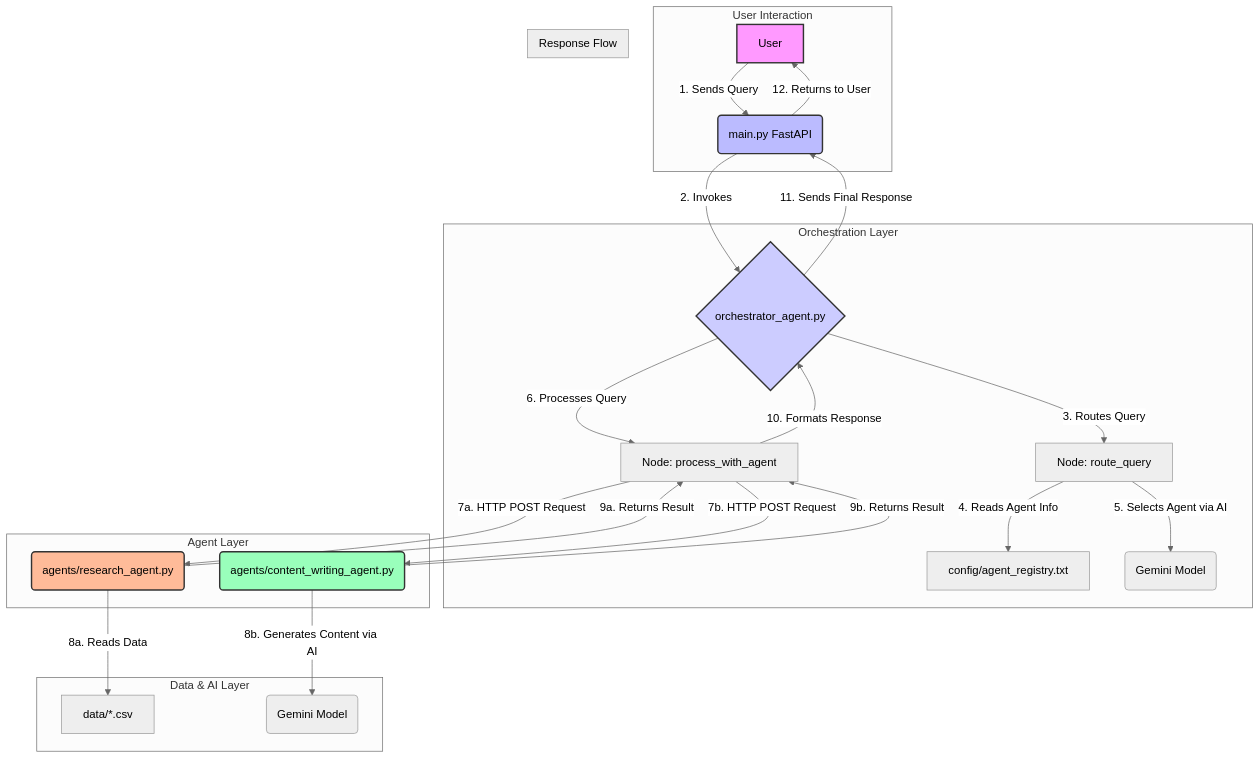
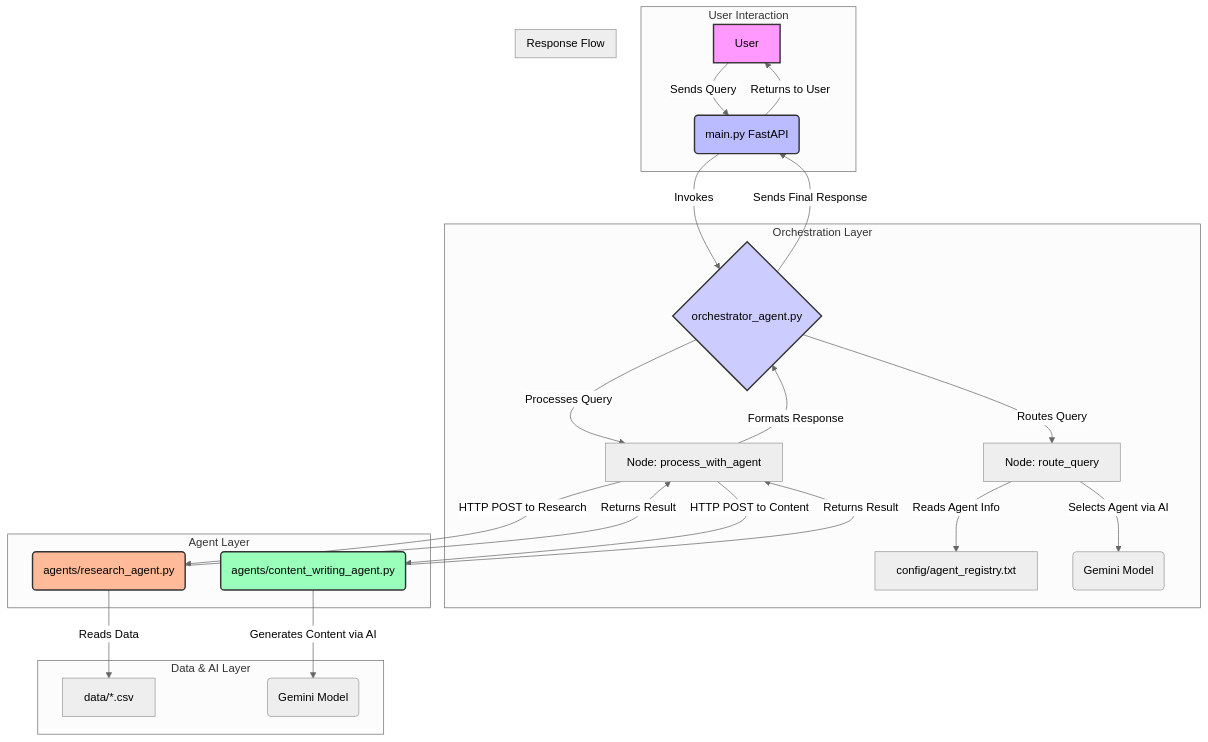
One commit to victorwancf/agent_exploration changed the diagram in README.md. Above: the diagram before and after it, drawn with Mermaid (neutral theme).

Commit message:
Removing unsupported markdown syntax in the mermaid diagram

````diff
--- a/README.md
+++ b/README.md
@@ -41,38 +41,38 @@
 ```mermaid
 graph TD
     subgraph User Interaction
-        A[User] -->|1. Sends Query| B("main.py FastAPI");
+        A[User] -->|Sends Query| B("main.py FastAPI");
     end
 
     subgraph Orchestration Layer
-        B -->|2. Invokes| C{"orchestrator_agent.py"};
-        C -->|3. Routes Query| D["Node: route_query"];
-        D -->|4. Reads Agent Info| E["config/agent_registry.txt"];
-        D -->|5. Selects Agent via AI| F(Gemini Model);
-        C -->|6. Processes Query| G["Node: process_with_agent"];
+        B -->|Invokes| C{"orchestrator_agent.py"};
+        C -->|Routes Query| D["Node: route_query"];
+        D -->|Reads Agent Info| E["config/agent_registry.txt"];
+        D -->|Selects Agent via AI| F(Gemini Model);
+        C -->|Processes Query| G["Node: process_with_agent"];
     end
 
     subgraph Agent Layer
-        G -->|7a. HTTP POST Request| H("agents/research_agent.py");
-        G -->|7b. HTTP POST Request| I("agents/content_writing_agent.py");
+        G -->|HTTP POST to Research| H("agents/research_agent.py");
+        G -->|HTTP POST to Content| I("agents/content_writing_agent.py");
     end
 
     subgraph Data & AI Layer
-        H -->|8a. Reads Data| J["data/*.csv"];
-        I -->|8b. Generates Content via AI| K(Gemini Model);
+        H -->|Reads Data| J["data/*.csv"];
+        I -->|Generates Content via AI| K(Gemini Model);
     end
 
     subgraph Response Flow
-        H -->|9a. Returns Result| G;
-        I -->|9b. Returns Result| G;
-        G -->|10. Formats Response| C;
-        C -->|11. Sends Final Response| B;
-        B -->|12. Returns to User| A;
+        H -->|Returns Result| G;
+        I -->|Returns Result| G;
+        G -->|Formats Response| C;
+        C -->|Sends Final Response| B;
+        B -->|Returns to User| A;
     end
 
     style A fill:#f9f,stroke:#333,stroke-width:2px
     style B fill:#bbf,stroke:#333,stroke-width:2px
     style C fill:#ccf,stroke:#333,stroke-width:2px
     style H fill:#fb9,stroke:#333,stroke-width:2px
     style I fill:#9fb,stroke:#333,stroke-width:2px
 ```
````
